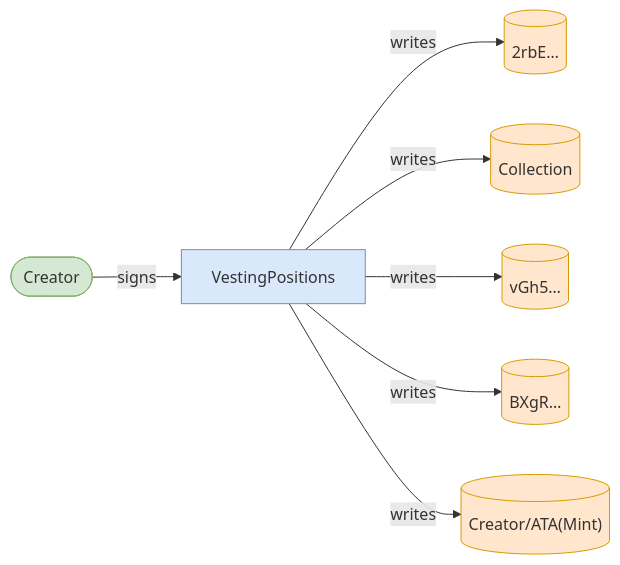
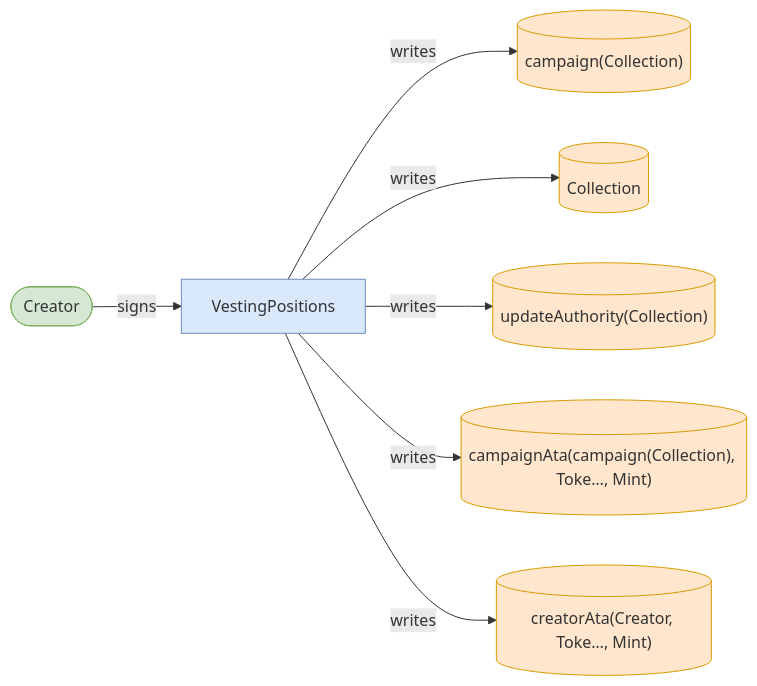
One commit to cds-turbin3/vesting-position changed the eighth of 9 diagrams in babelfish-tests/test-report/cancel_campaign_fails_after_first_claim.md. Above: the diagram before and after it, drawn with Mermaid. The commit also changed other lines of this file and 51 other files, not shown here.

````diff
--- a/babelfish-tests/test-report/cancel_campaign_fails_after_first_claim.md
+++ b/babelfish-tests/test-report/cancel_campaign_fails_after_first_claim.md
@@ -399,19 +351,19 @@
 ```mermaid
 flowchart LR
     VestingPositions["VestingPositions"]:::program
     Creator(["Creator"]):::signer
-    2rbE[("2rbE…")]:::state
+    campaignCollection[("campaign(Collection)")]:::state
     Collection[("Collection")]:::state
-    vGh5[("vGh5…")]:::state
-    BXgR[("BXgR…")]:::state
-    CreatorATAMint[("Creator/ATA(Mint)")]:::state
+    updateAuthorityCollection[("updateAuthority(Collection)")]:::state
+    campaignAtacampaignCollectionTokeMint[("campaignAta(campaign(Collection), Toke…, Mint)")]:::state
+    creatorAtaCreatorTokeMint[("creatorAta(Creator, Toke…, Mint)")]:::state
     Creator -->|signs| VestingPositions
-    VestingPositions -->|writes| 2rbE
+    VestingPositions -->|writes| campaignCollection
     VestingPositions -->|writes| Collection
-    VestingPositions -->|writes| vGh5
-    VestingPositions -->|writes| BXgR
-    VestingPositions -->|writes| CreatorATAMint
+    VestingPositions -->|writes| updateAuthorityCollection
+    VestingPositions -->|writes| campaignAtacampaignCollectionTokeMint
+    VestingPositions -->|writes| creatorAtaCreatorTokeMint
     classDef program fill:#dae8fc,stroke:#6c8ebf;
     classDef signer fill:#d5e8d4,stroke:#82b366;
     classDef state fill:#ffe6cc,stroke:#d79b00;
 ```
````
